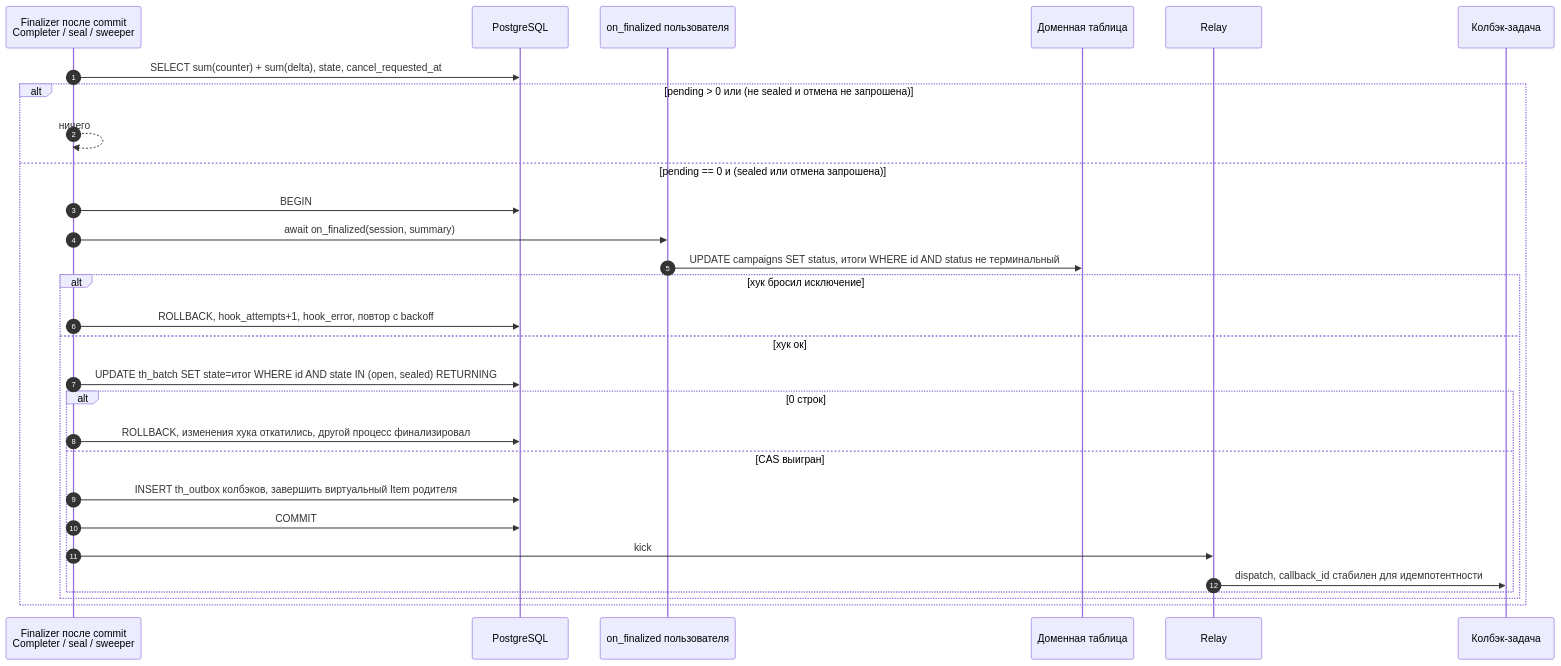
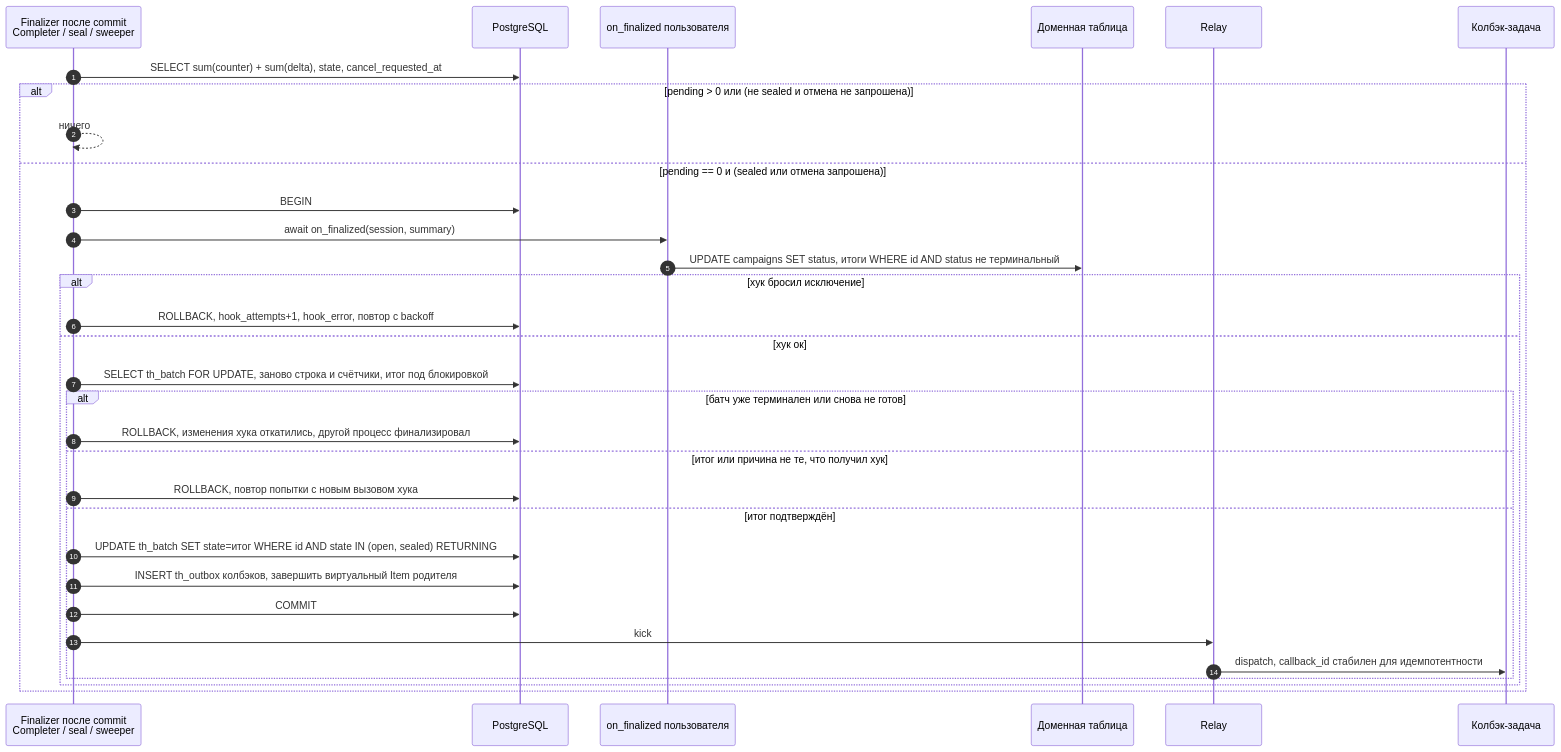
Before and after one commit to 0cherednoq/Tallyho: diagram 19 of 39 in docs/ARCHITECTURE.md, drawn with Mermaid. The commit also changed other lines of this file and 1 other file, not shown here.

First line of the commit message:
Fix-9: описать выбор итога финализации под блокировкой строки батча

````diff
--- a/docs/ARCHITECTURE.md
+++ b/docs/ARCHITECTURE.md
@@ -1022,32 +1029,35 @@
 ```mermaid
 sequenceDiagram
     autonumber
     participant X as Finalizer после commit<br/>Completer / seal / sweeper
     participant DB as PostgreSQL
     participant H as on_finalized пользователя
     participant D as Доменная таблица
     participant R as Relay
     participant CB as Колбэк-задача
 
     X->>DB: SELECT sum(counter) + sum(delta), state, cancel_requested_at
     alt pending > 0 или (не sealed и отмена не запрошена)
         X-->>X: ничего
     else pending == 0 и (sealed или отмена запрошена)
         X->>DB: BEGIN
         X->>H: await on_finalized(session, summary)
         H->>D: UPDATE campaigns SET status, итоги WHERE id AND status не терминальный
         alt хук бросил исключение
             X->>DB: ROLLBACK, hook_attempts+1, hook_error, повтор с backoff
         else хук ок
-            X->>DB: UPDATE th_batch SET state=итог WHERE id AND state IN (open, sealed) RETURNING
-            alt 0 строк
+            X->>DB: SELECT th_batch FOR UPDATE, заново строка и счётчики, итог под блокировкой
+            alt батч уже терминален или снова не готов
                 X->>DB: ROLLBACK, изменения хука откатились, другой процесс финализировал
-            else CAS выигран
+            else итог или причина не те, что получил хук
+                X->>DB: ROLLBACK, повтор попытки с новым вызовом хука
+            else итог подтверждён
+                X->>DB: UPDATE th_batch SET state=итог WHERE id AND state IN (open, sealed) RETURNING
                 X->>DB: INSERT th_outbox колбэков, завершить виртуальный Item родителя
                 X->>DB: COMMIT
                 X->>R: kick
                 R->>CB: dispatch, callback_id стабилен для идемпотентности
             end
         end
     end
 ```
````
